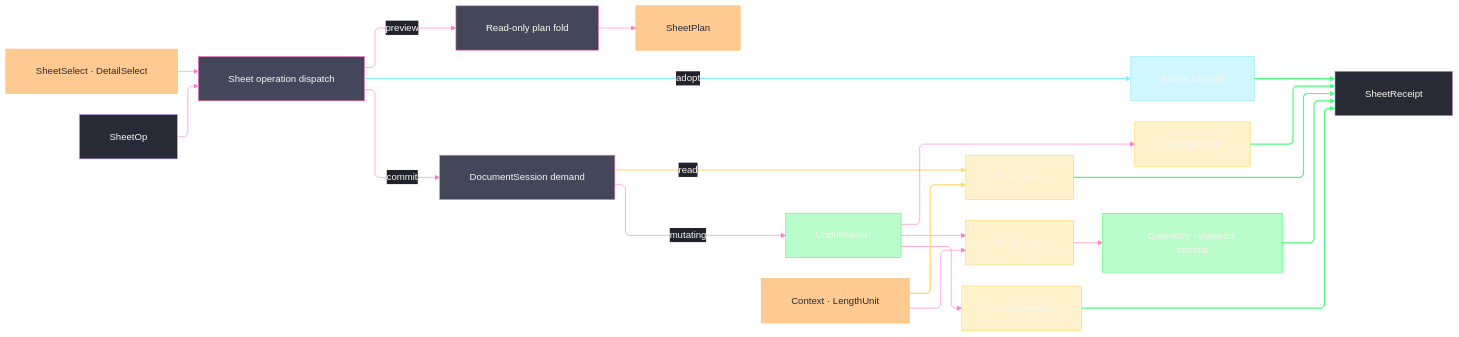
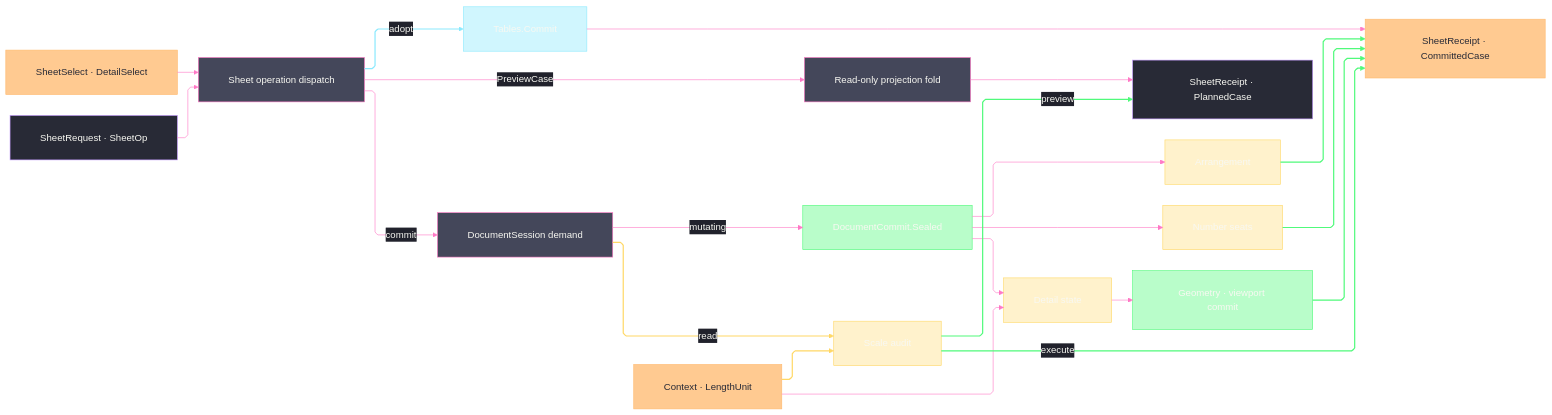
One commit to bsamiee/Rasm changed the diagram in libs/csharp/Rasm.Rhino/.planning/Exchange/sheets.md. Above: the diagram before and after it, drawn with Mermaid. The commit also changed other lines of this file and 70 other files, not shown here.

````diff
--- a/libs/csharp/Rasm.Rhino/.planning/Exchange/sheets.md
+++ b/libs/csharp/Rasm.Rhino/.planning/Exchange/sheets.md
@@ -1253,68 +1573,69 @@
 ```mermaid codemap
 ---
 config:
   theme: base
   look: classic
   layout: elk
   flowchart:
     curve: linear
     padding: 25
   themeVariables:
     darkMode: true
     fontFamily: "SF Mono, Menlo, Cascadia Mono, Segoe UI Mono, Consolas, monospace"
     useGradient: false
     dropShadow: "none"
     background: "#282A36"
     primaryColor: "#44475A"
     primaryTextColor: "#F8F8F2"
     primaryBorderColor: "#BD93F9"
     lineColor: "#FF79C6"
     textColor: "#F8F8F2"
     edgeLabelBackground: "#21222C"
     labelBackgroundColor: "#21222C"
   themeCSS: >-
     .nodeLabel{font-size:13px;font-weight:500}.edgeLabel{font-size:12px;font-weight:500}
     .edge-thickness-normal{stroke-width:2px}.edge-thickness-thick{stroke-width:3px}
     .edge-pattern-dashed,.edge-pattern-dotted{stroke-width:1.5px;stroke-dasharray:4 6}
     .node rect,.node circle,.node polygon,.node path,.node .outer-path{stroke-width:1.5px;filter:none!important}
     .marker path{transform:scale(.8);transform-origin:5px 5px}.marker circle{transform:scale(.48);transform-origin:5px 5px}
     .edgeLabel rect{transform-box:fill-box;transform-origin:center;transform:scale(1.1,1.2)}
 ---
 flowchart LR
-    accTitle: Sheet preview and transaction flow
-    accDescr: Sheet requests resolve once into preview facts, audited evidence, delegated adoption, or rollback-capable commits.
+    accTitle: Unified sheet projection and transaction flow
+    accDescr: One typed request resolves into planned or committed receipt settlement with audited evidence and rollback-capable mutation.
     Select["SheetSelect · DetailSelect"] --> Dispatch["Sheet operation dispatch"]
-    Request["SheetOp"] --> Dispatch
-    Dispatch -->|preview| Preview["Read-only plan fold"]
-    Preview --> Plan["SheetPlan"]
+    Request["SheetRequest · SheetOp"] --> Dispatch
+    Dispatch -->|PreviewCase| Preview["Read-only projection fold"]
+    Preview --> Receipt["SheetReceipt · PlannedCase"]
     Dispatch -->|adopt| Tables["Tables.Commit"]
     Dispatch -->|commit| Demand["DocumentSession demand"]
-    Demand -->|mutating| Undo["UndoBracket"]
+    Demand -->|mutating| Undo["DocumentCommit.Sealed"]
     Demand -->|read| Audit["Scale audit"]
     Undo --> State["Detail state"]
     Undo --> Layout["Arrangement"]
     Undo --> Number["Number seats"]
     Context["Context · LengthUnit"] --> Audit
     Context --> State
     State --> NativeCommit["Geometry · viewport commit"]
-    NativeCommit --> Receipt["SheetReceipt"]
-    Layout --> Receipt
-    Number --> Receipt
-    Audit --> Receipt
-    Tables --> Receipt
+    NativeCommit --> Committed["SheetReceipt · CommittedCase"]
+    Layout --> Committed
+    Number --> Committed
+    Audit -->|preview| Receipt
+    Audit -->|execute| Committed
+    Tables --> Committed
     linkStyle 4 stroke:#8BE9FD,stroke-width:2px,color:#F8F8F2
     linkStyle 7,11 stroke:#FFD866,stroke-width:2px,color:#F8F8F2
     linkStyle 14,15,16,17,18 stroke:#50FA7B,stroke-width:2px,color:#F8F8F2
     classDef boundary fill:#282A36,stroke:#BD93F9,color:#F8F8F2
     classDef primary fill:#44475A,stroke:#FF79C6,color:#F8F8F2
     classDef data fill:#FFB86CBF,stroke:#FFB86C,color:#282A36
     classDef external fill:#8BE9FD66,stroke:#8BE9FD,color:#F8F8F2
     classDef success fill:#50FA7B66,stroke:#50FA7B,color:#F8F8F2
     classDef payload fill:#FFD86654,stroke:#FFD866,color:#F8F8F2
     class Request,Receipt boundary
     class Dispatch,Demand,Preview primary
-    class Select,Context,Plan data
+    class Select,Context,Committed data
     class Tables external
     class Undo,NativeCommit success
     class State,Layout,Number,Audit payload
 ```
````
